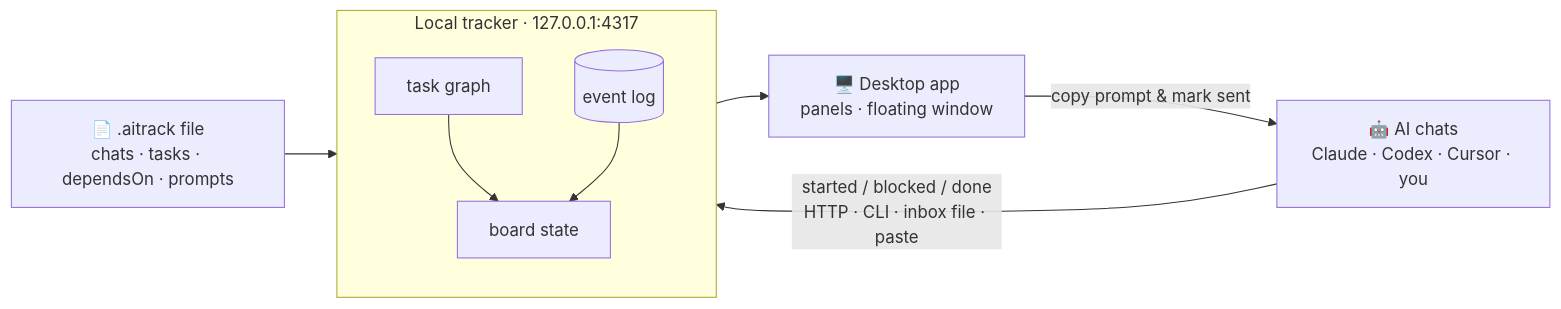
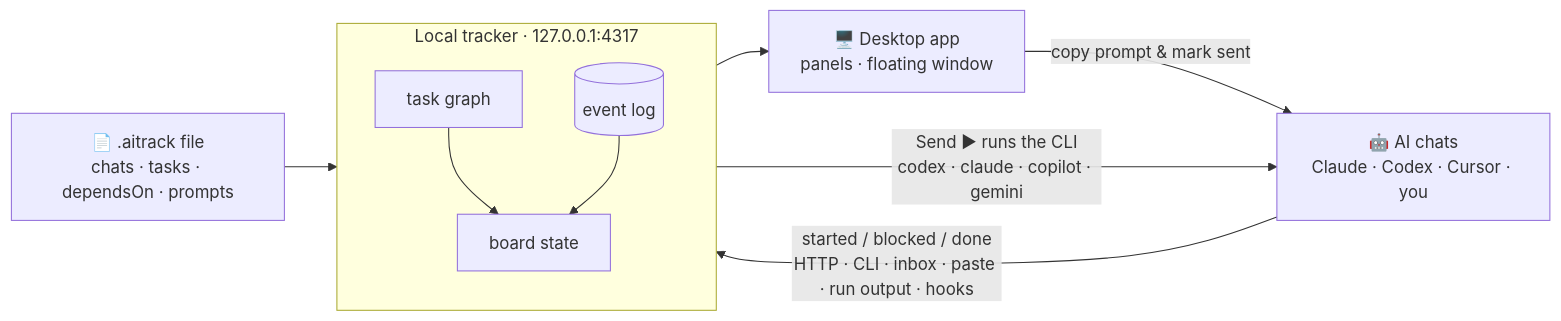
Before and after one commit to mitradeniz/ai-tracking-system: the second of 3 diagrams in README.md, drawn with Mermaid. The commit also changed other lines of this file and 36 other files, not shown here.

First line of the commit message:
feat: chats that run themselves, auto-dispatch and hooks

````diff
--- a/README.md
+++ b/README.md
@@ -184,12 +211,13 @@
 ```mermaid
 flowchart LR
     F["📄 .aitrack file<br/>chats · tasks · dependsOn · prompts"] --> T
     subgraph T["Local tracker · 127.0.0.1:4317"]
       direction TB
       G[task graph] --> B[board state]
       L[(event log)] --> B
     end
     T --> UI["🖥️ Desktop app<br/>panels · floating window"]
     UI -- "copy prompt & mark sent" --> C["🤖 AI chats<br/>Claude · Codex · Cursor · you"]
-    C -- "started / blocked / done<br/>HTTP · CLI · inbox file · paste" --> L
+    T -- "Send ▶ runs the CLI<br/>codex · claude · copilot · gemini" --> C
+    C -- "started / blocked / done<br/>HTTP · CLI · inbox · paste · run output · hooks" --> L
 ```
````
